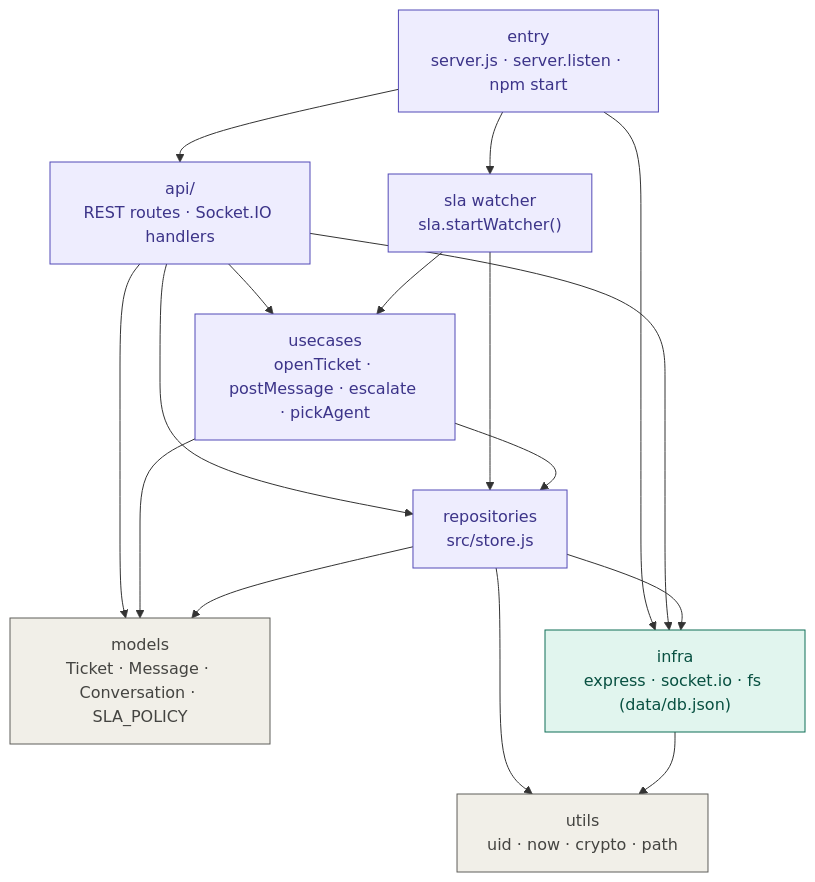
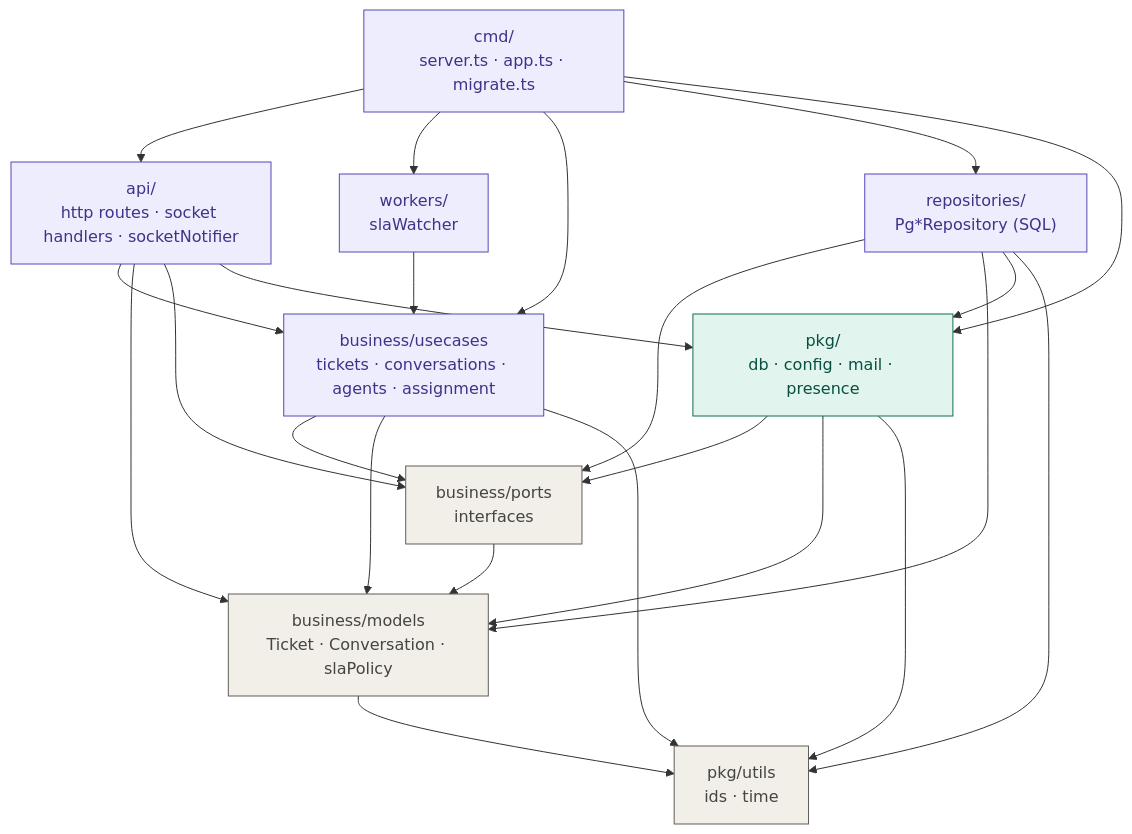
One commit to hnume/customer-support-chat changed the diagram in docs/backend-layers.md. Above: the diagram before and after it, drawn with Mermaid. The commit also changed other lines of this file and 57 other files, not shown here.

First line of the commit message:
Refactor to TypeScript layered architecture + PostgreSQL

````diff
--- a/docs/backend-layers.md
+++ b/docs/backend-layers.md
@@ -5,34 +5,28 @@
 ```mermaid
 flowchart TB
- entry["entry<br/>server.js · server.listen · npm start"]
- http["api/<br/>REST routes · Socket.IO handlers"]
- worker["sla watcher<br/>sla.startWatcher()"]
- uc["usecases<br/>openTicket · postMessage · escalate · pickAgent"]
- domain["models<br/>Ticket · Message · Conversation · SLA_POLICY"]
- repo["repositories<br/>src/store.js"]
- infra["infra<br/>express · socket.io · fs (data/db.json)"]
- leaf["utils<br/>uid · now · crypto · path"]
+  entry["cmd/<br/>server.ts · app.ts · migrate.ts"]
+  api["api/<br/>http routes · socket handlers · socketNotifier"]
+  worker["workers/<br/>slaWatcher"]
+  uc["business/usecases<br/>tickets · conversations · agents · assignment"]
+  ports["business/ports<br/>interfaces"]
+  domain["business/models<br/>Ticket · Conversation · slaPolicy"]
+  repo["repositories/<br/>Pg*Repository (SQL)"]
+  infra["pkg/<br/>db · config · mail · presence"]
+  leaf["pkg/utils<br/>ids · time"]
 
- entry --> http
- entry --> worker
- entry --> infra
- http --> uc
- http --> repo
- http --> domain
- http --> infra
- worker --> uc
- worker --> repo
- uc --> repo
- uc --> domain
- repo --> domain
- repo --> infra
- repo --> leaf
- infra --> leaf
+  entry --> api & worker & uc & repo & infra
+  api --> uc & domain & ports & infra
+  worker --> uc
+  uc --> ports & domain & leaf
+  repo --> ports & domain & infra & leaf
+  infra --> ports & domain & leaf
+  ports --> domain
+  domain --> leaf
 
- classDef layer fill:#EEEDFE,stroke:#534AB7,color:#3C3489
- classDef ext fill:#E1F5EE,stroke:#0F6E56,color:#085041
- classDef base fill:#F1EFE8,stroke:#5F5E5A,color:#444441
- class entry,http,worker,uc,repo layer
- class infra ext
- class domain,leaf base
+  classDef layer fill:#EEEDFE,stroke:#534AB7,color:#3C3489
+  classDef ext fill:#E1F5EE,stroke:#0F6E56,color:#085041
+  classDef base fill:#F1EFE8,stroke:#5F5E5A,color:#444441
+  class entry,api,worker,uc,repo layer
+  class infra ext
+  class ports,domain,leaf base
 ```
````
